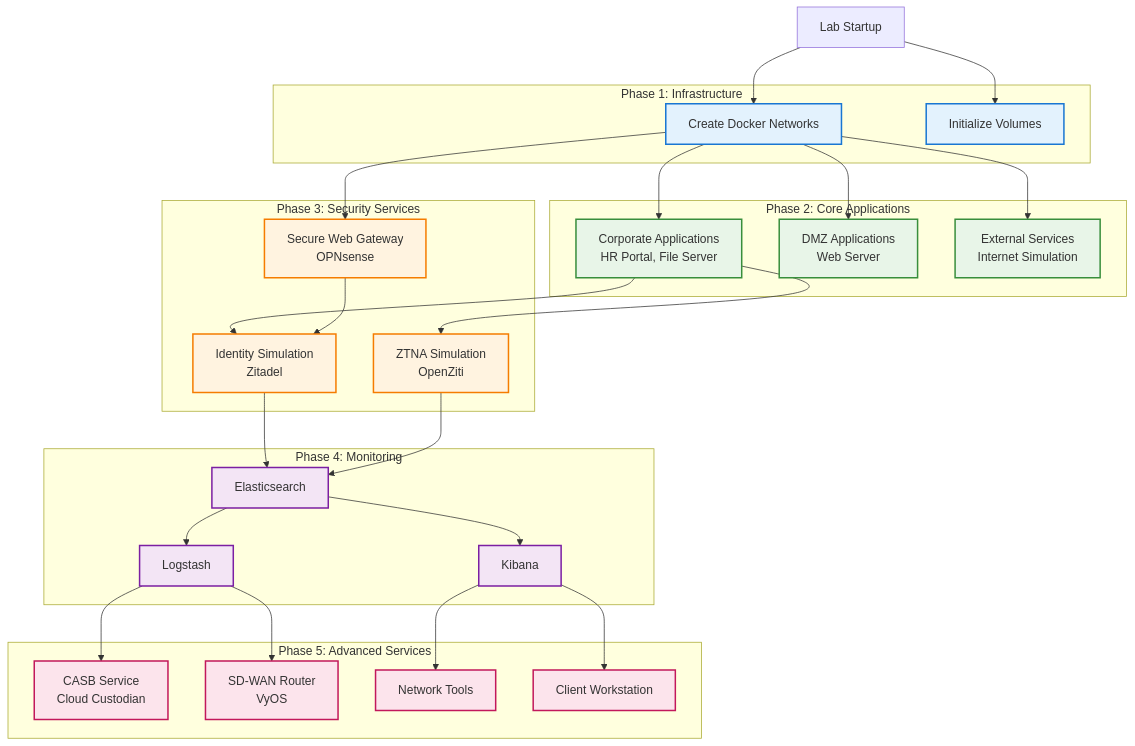
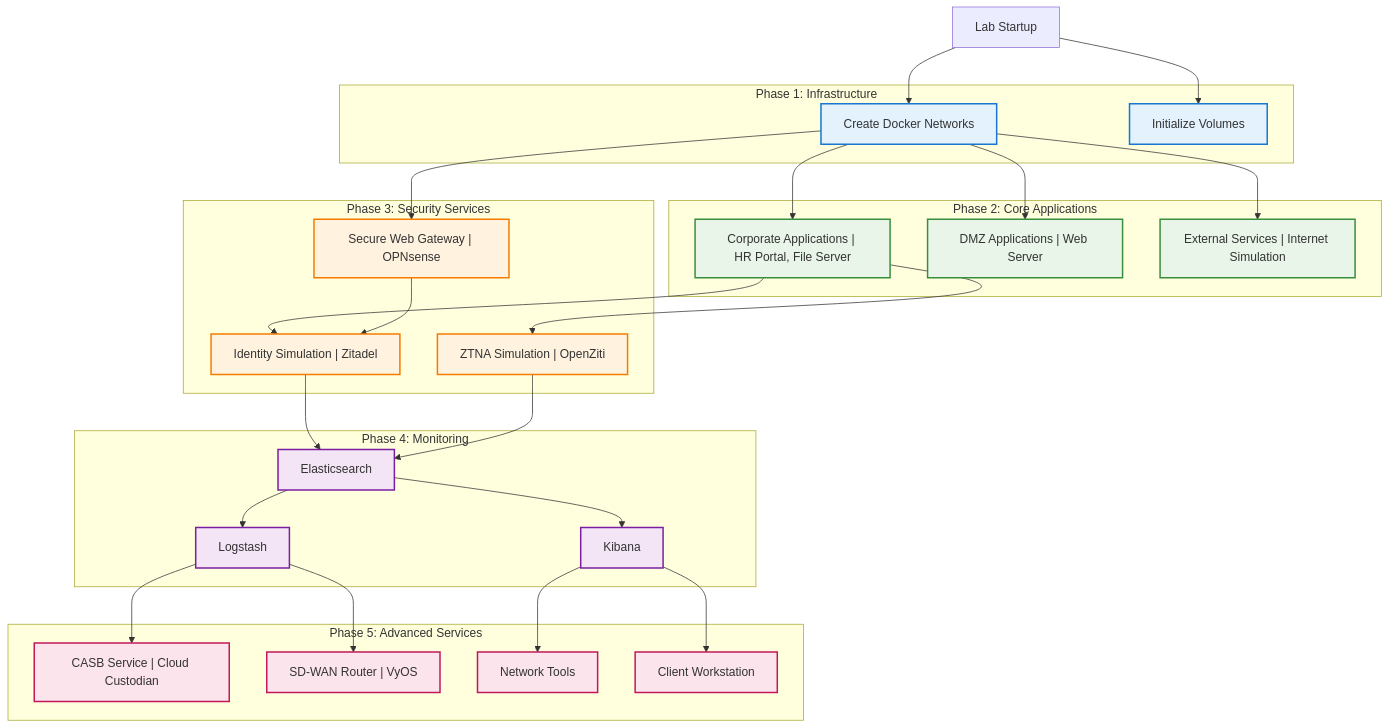
One commit to tom-jordan23/ztlab changed the seventh of 7 diagrams in ARCHITECTURE.md. Above: the diagram before and after it, drawn with Mermaid. The commit also changed other lines of this file, not shown here.

Commit message:
diagram fixes

````diff
--- a/ARCHITECTURE.md
+++ b/ARCHITECTURE.md
@@ -470,68 +470,68 @@
 ```mermaid
 graph TD
     START[Lab Startup]
     
     subgraph "Phase 1: Infrastructure"
         NETWORKS[Create Docker Networks]
         VOLUMES[Initialize Volumes]
     end
     
     subgraph "Phase 2: Core Applications"
-        CORP_APPS[Corporate Applications<br/>HR Portal, File Server]
-        DMZ_APPS[DMZ Applications<br/>Web Server]
-        EXT_APPS[External Services<br/>Internet Simulation]
+        CORP_APPS["Corporate Applications | HR Portal, File Server"]
+        DMZ_APPS["DMZ Applications | Web Server"]
+        EXT_APPS["External Services | Internet Simulation"]
     end
     
     subgraph "Phase 3: Security Services"
-        GATEWAY[Secure Web Gateway<br/>OPNsense]
-        IDENTITY_SIM[Identity Simulation<br/>Zitadel]
-        ZTNA_SIM[ZTNA Simulation<br/>OpenZiti]
+        GATEWAY["Secure Web Gateway | OPNsense"]
+        IDENTITY_SIM["Identity Simulation | Zitadel"]
+        ZTNA_SIM["ZTNA Simulation | OpenZiti"]
     end
     
     subgraph "Phase 4: Monitoring"
         ELASTICSEARCH[Elasticsearch]
         LOGSTASH[Logstash]
         KIBANA[Kibana]
     end
     
     subgraph "Phase 5: Advanced Services"
-        CASB_SVC[CASB Service<br/>Cloud Custodian]
-        SDWAN_SVC[SD-WAN Router<br/>VyOS]
+        CASB_SVC["CASB Service | Cloud Custodian"]
+        SDWAN_SVC["SD-WAN Router | VyOS"]
         NET_TOOLS[Network Tools]
         CLIENT[Client Workstation]
     end
 
     START --> NETWORKS
     START --> VOLUMES
     
     NETWORKS --> CORP_APPS
     NETWORKS --> DMZ_APPS
     NETWORKS --> EXT_APPS
     NETWORKS --> GATEWAY
     
     CORP_APPS --> IDENTITY_SIM
     CORP_APPS --> ZTNA_SIM
     GATEWAY --> IDENTITY_SIM
     
     IDENTITY_SIM --> ELASTICSEARCH
     ZTNA_SIM --> ELASTICSEARCH
     ELASTICSEARCH --> LOGSTASH
     ELASTICSEARCH --> KIBANA
     
     LOGSTASH --> CASB_SVC
     LOGSTASH --> SDWAN_SVC
     KIBANA --> NET_TOOLS
     KIBANA --> CLIENT
 
     classDef phase1 fill:#e3f2fd,stroke:#1976d2,stroke-width:2px
     classDef phase2 fill:#e8f5e8,stroke:#388e3c,stroke-width:2px
     classDef phase3 fill:#fff3e0,stroke:#f57c00,stroke-width:2px
     classDef phase4 fill:#f3e5f5,stroke:#7b1fa2,stroke-width:2px
     classDef phase5 fill:#fce4ec,stroke:#c2185b,stroke-width:2px
 
     class NETWORKS,VOLUMES phase1
     class CORP_APPS,DMZ_APPS,EXT_APPS phase2
     class GATEWAY,IDENTITY_SIM,ZTNA_SIM phase3
     class ELASTICSEARCH,LOGSTASH,KIBANA phase4
     class CASB_SVC,SDWAN_SVC,NET_TOOLS,CLIENT phase5
 ```
````
